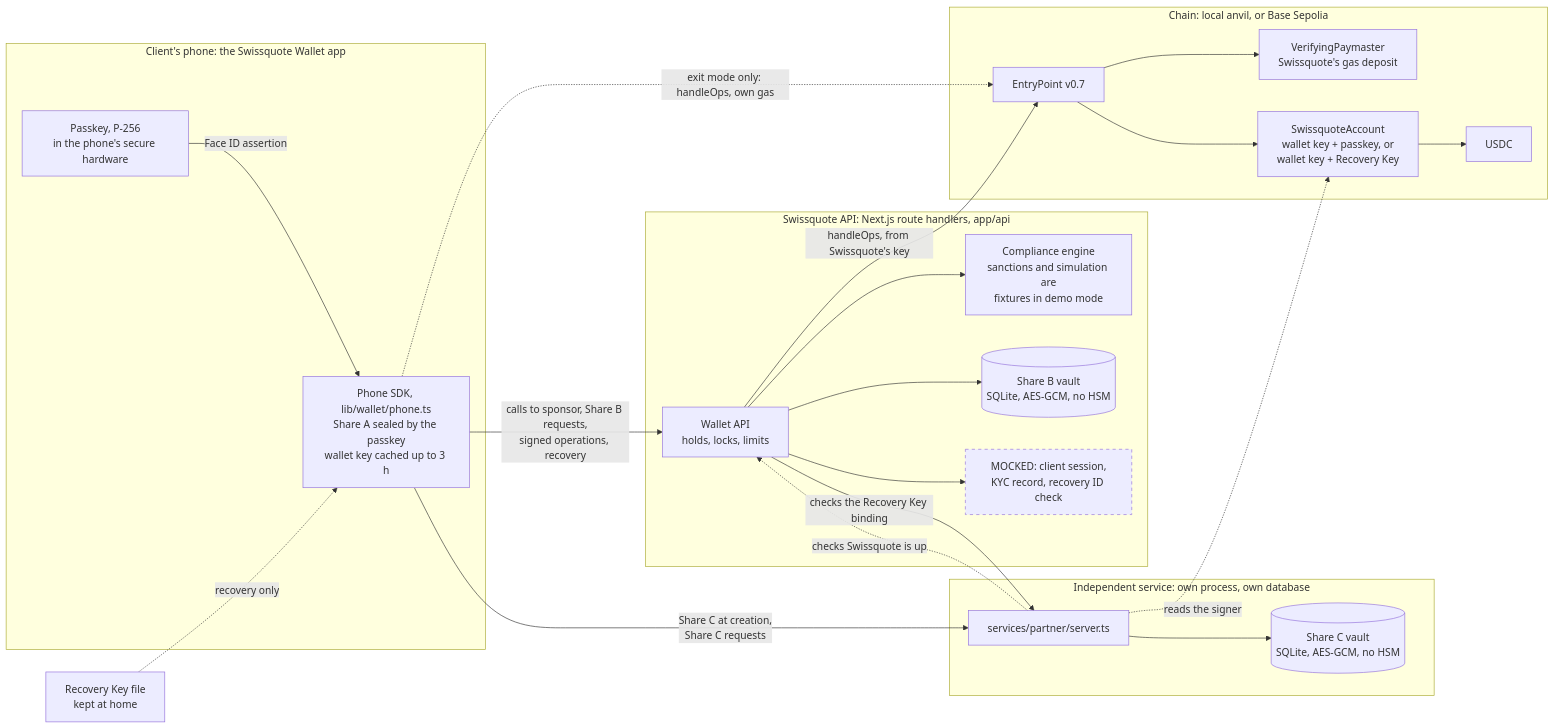
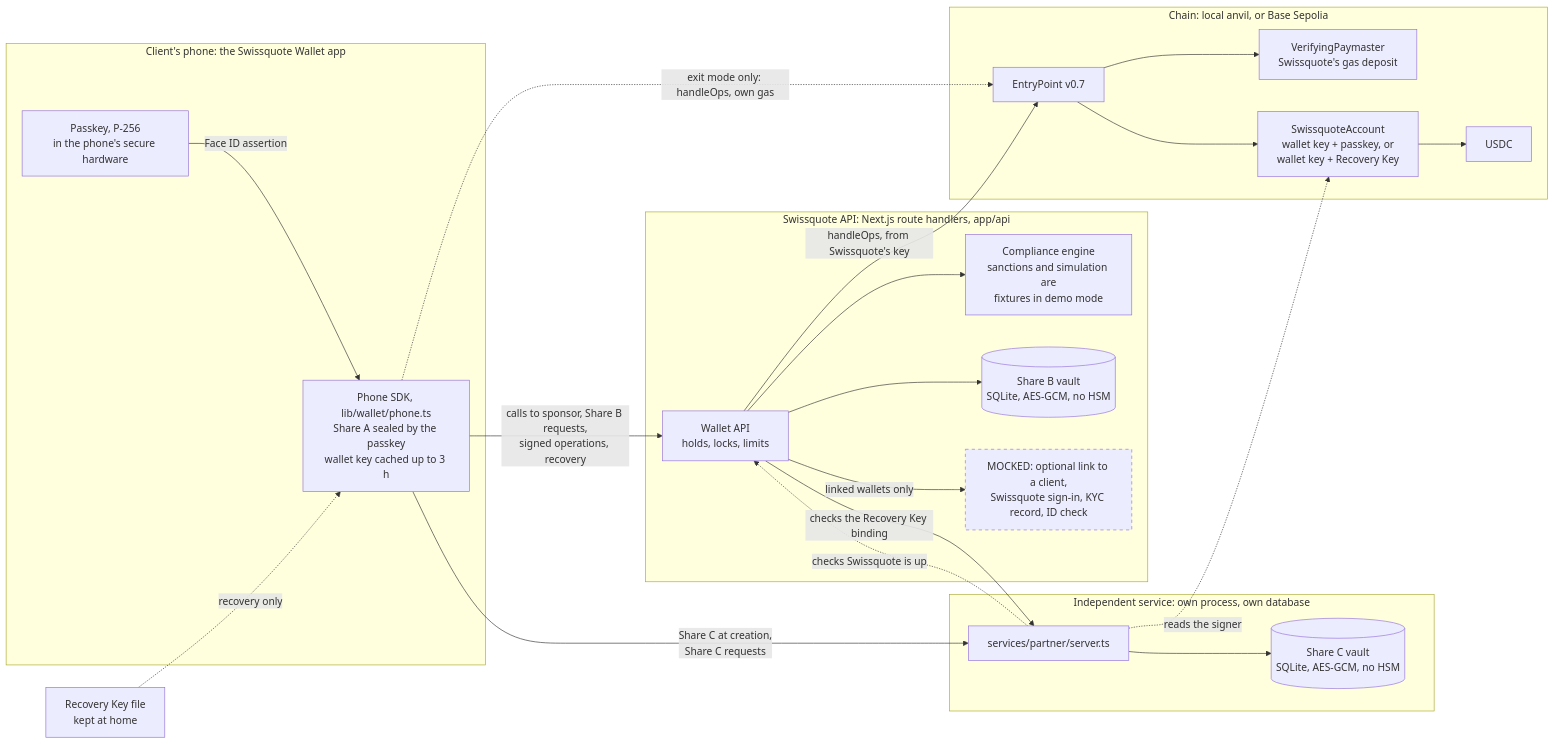
One commit to elazdi-al/bsa-the-hackathon changed the diagram in README.md. Above: the diagram before and after it, drawn with Mermaid. The commit also changed other lines of this file and 5 other files, not shown here.

First line of the commit message:
docs: creating a wallet needs no Swissquote account, and linking one is optional: the Travel Rule proof, the ID check and the lock come only with the link

````diff
--- a/README.md
+++ b/README.md
@@ -92,46 +94,46 @@
 ```mermaid
 flowchart LR
   subgraph phone["Client's phone: the Swissquote Wallet app"]
     sdk["Phone SDK, lib/wallet/phone.ts<br/>Share A sealed by the passkey<br/>wallet key cached up to 3 h"]
     pk["Passkey, P-256<br/>in the phone's secure hardware"]
   end
   rk["Recovery Key file<br/>kept at home"]
 
   subgraph sq["Swissquote API: Next.js route handlers, app/api"]
     api["Wallet API<br/>holds, locks, limits"]
     comp["Compliance engine<br/>sanctions and simulation are<br/>fixtures in demo mode"]
     vb[("Share B vault<br/>SQLite, AES-GCM, no HSM")]
-    kyc["MOCKED: client session,<br/>KYC record, recovery ID check"]:::mock
+    kyc["MOCKED: optional link to a client,<br/>Swissquote sign-in, KYC record, ID check"]:::mock
   end
 
   subgraph ind["Independent service: own process, own database"]
     partner["services/partner/server.ts"]
     vc[("Share C vault<br/>SQLite, AES-GCM, no HSM")]
   end
 
   subgraph chain["Chain: local anvil, or Base Sepolia"]
     ep["EntryPoint v0.7"]
     pay["VerifyingPaymaster<br/>Swissquote's gas deposit"]
     acc["SwissquoteAccount<br/>wallet key + passkey, or<br/>wallet key + Recovery Key"]
     usdc["USDC"]
   end
 
   pk -- "Face ID assertion" --> sdk
   rk -. "recovery only" .-> sdk
   sdk -- "calls to sponsor, Share B requests,<br/>signed operations, recovery" --> api
   sdk -- "Share C at creation,<br/>Share C requests" --> partner
   api --> comp
   api --> vb
-  api --> kyc
+  api -- "linked wallets only" --> kyc
   api -- "checks the Recovery Key binding" --> partner
   partner -. "checks Swissquote is up" .-> api
   partner --> vc
   api -- "handleOps, from Swissquote's key" --> ep
   ep --> pay
   ep --> acc
   acc --> usdc
   partner -. "reads the signer" .-> acc
   sdk -. "exit mode only: handleOps, own gas" .-> ep
 
   classDef mock stroke-dasharray: 5 5
 ```
````
